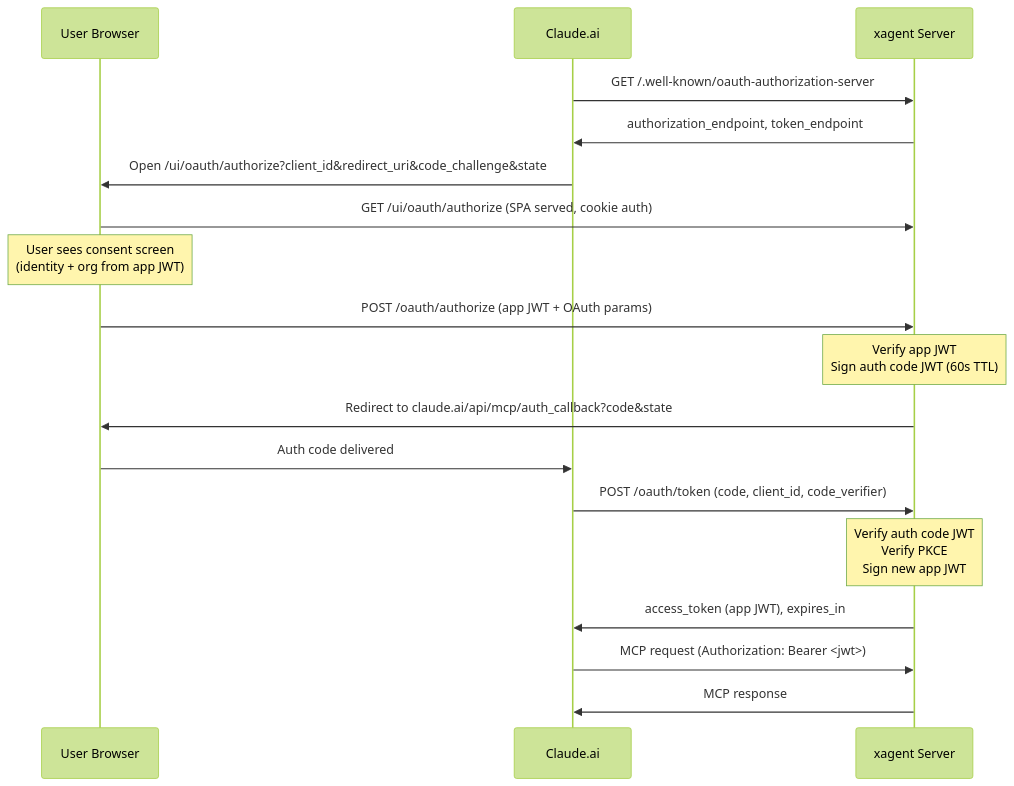
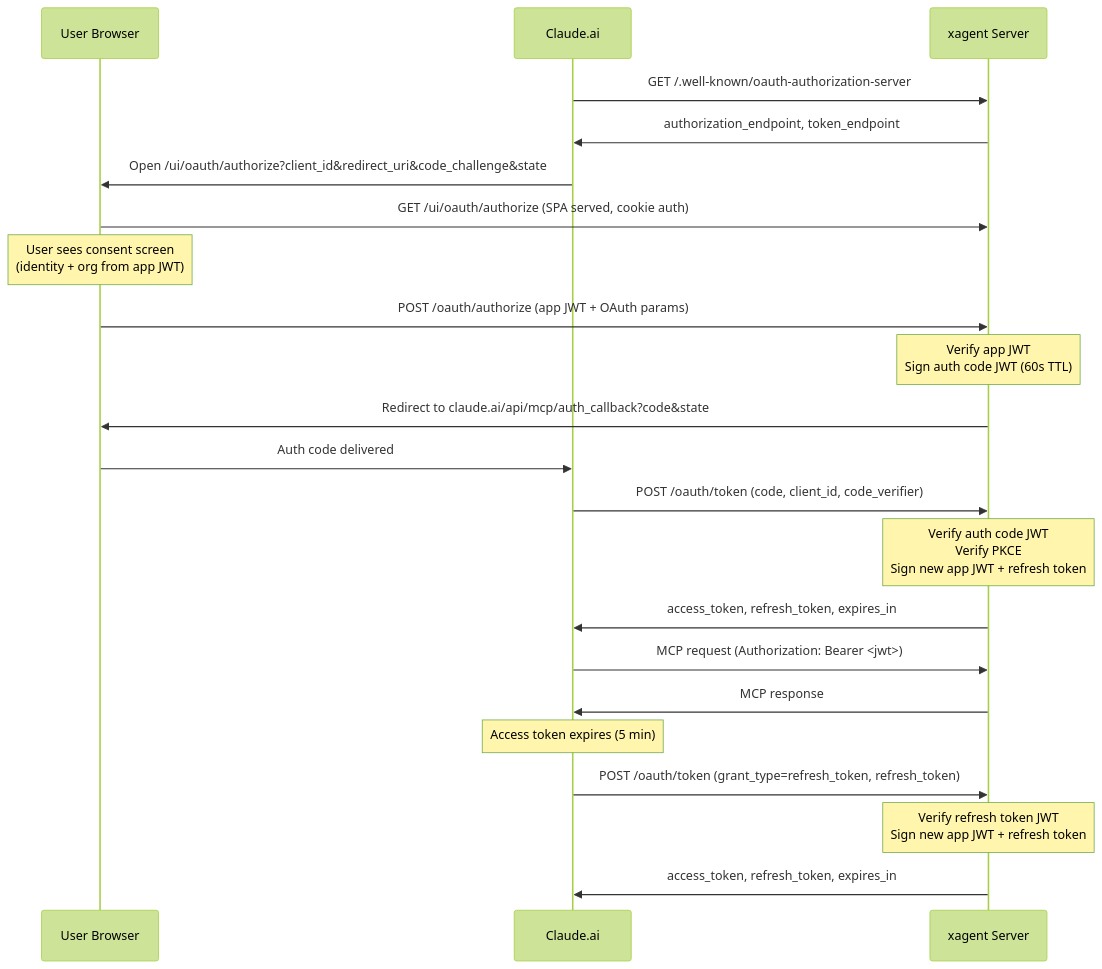
The diagram in proposals/mcp-oauth.md (icholy/xagent), drawn with Mermaid (forest theme) before and after one commit. The commit also changed other lines of this file, not shown here.

Commit message:
proposal: add refresh token support (signed JWT, 30-day TTL)

````diff
--- a/proposals/mcp-oauth.md
+++ b/proposals/mcp-oauth.md
@@ -18,24 +18,29 @@
 ```mermaid
 sequenceDiagram
     participant U as User Browser
     participant C as Claude.ai
     participant X as xagent Server
 
     C->>X: GET /.well-known/oauth-authorization-server
     X->>C: authorization_endpoint, token_endpoint
 
     C->>U: Open /ui/oauth/authorize?client_id&redirect_uri&code_challenge&state
     U->>X: GET /ui/oauth/authorize (SPA served, cookie auth)
     Note over U: User sees consent screen<br/>(identity + org from app JWT)
     U->>X: POST /oauth/authorize (app JWT + OAuth params)
     Note over X: Verify app JWT<br/>Sign auth code JWT (60s TTL)
     X->>U: Redirect to claude.ai/api/mcp/auth_callback?code&state
     U->>C: Auth code delivered
 
     C->>X: POST /oauth/token (code, client_id, code_verifier)
-    Note over X: Verify auth code JWT<br/>Verify PKCE<br/>Sign new app JWT
-    X->>C: access_token (app JWT), expires_in
+    Note over X: Verify auth code JWT<br/>Verify PKCE<br/>Sign new app JWT + refresh token
+    X->>C: access_token, refresh_token, expires_in
 
     C->>X: MCP request (Authorization: Bearer <jwt>)
     X->>C: MCP response
+
+    Note over C: Access token expires (5 min)
+    C->>X: POST /oauth/token (grant_type=refresh_token, refresh_token)
+    Note over X: Verify refresh token JWT<br/>Sign new app JWT + refresh token
+    X->>C: access_token, refresh_token, expires_in
 ```
````
